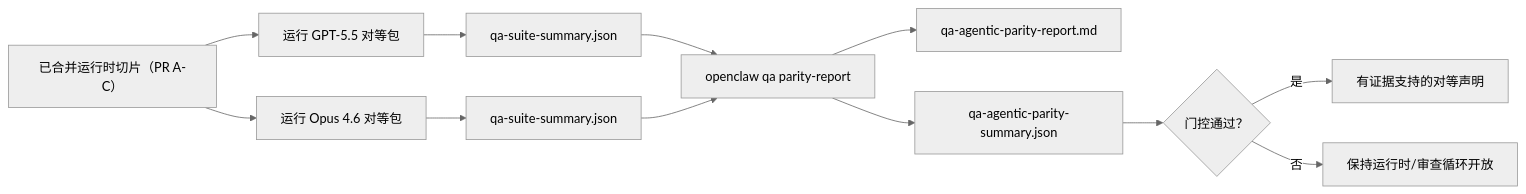
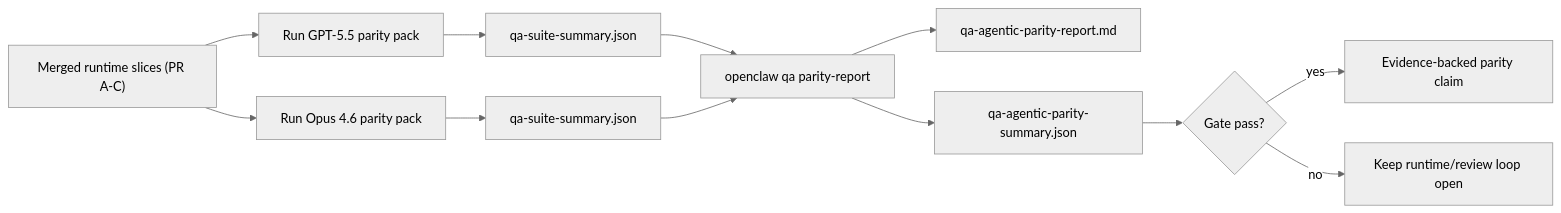
The second of 2 diagrams in docs/zh/help/gpt55-codex-agentic-parity.md (Explorer1092/openclaw-zh), drawn with Mermaid (neutral theme) before and after one commit. The commit also changed other lines of this file and 14 other files, not shown here.

````diff
--- a/docs/zh/help/gpt55-codex-agentic-parity.md
+++ b/docs/zh/help/gpt55-codex-agentic-parity.md
@@ -125,14 +123,14 @@
 ```mermaid
 flowchart LR
-    A["已合并运行时切片（PR A-C）"] --> B["运行 GPT-5.5 对等包"]
-    A --> C["运行 Opus 4.6 对等包"]
+    A["Merged runtime slices (PR A-C)"] --> B["Run GPT-5.5 parity pack"]
+    A --> C["Run Opus 4.6 parity pack"]
     B --> D["qa-suite-summary.json"]
     C --> E["qa-suite-summary.json"]
     D --> F["openclaw qa parity-report"]
     E --> F
     F --> G["qa-agentic-parity-report.md"]
     F --> H["qa-agentic-parity-summary.json"]
-    H --> I{"门控通过？"}
-    I -- "是" --> J["有证据支持的对等声明"]
-    I -- "否" --> K["保持运行时/审查循环开放"]
+    H --> I{"Gate pass?"}
+    I -- "yes" --> J["Evidence-backed parity claim"]
+    I -- "no" --> K["Keep runtime/review loop open"]
 ```
````
